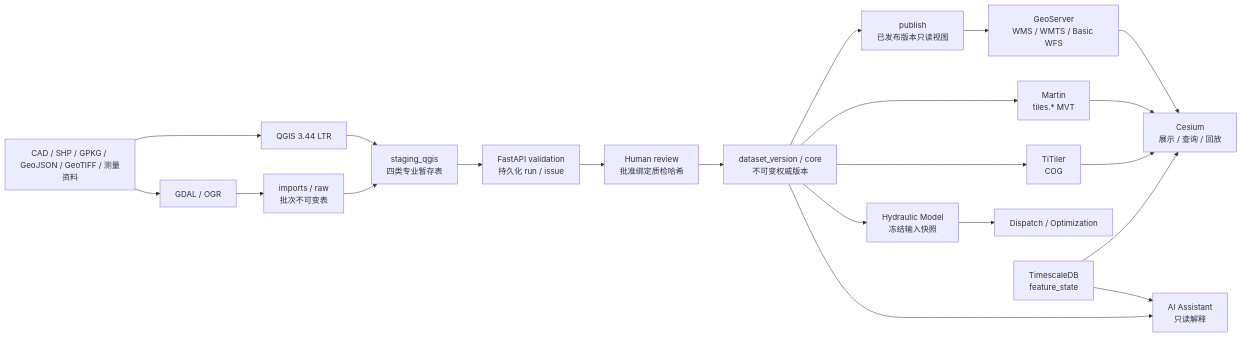
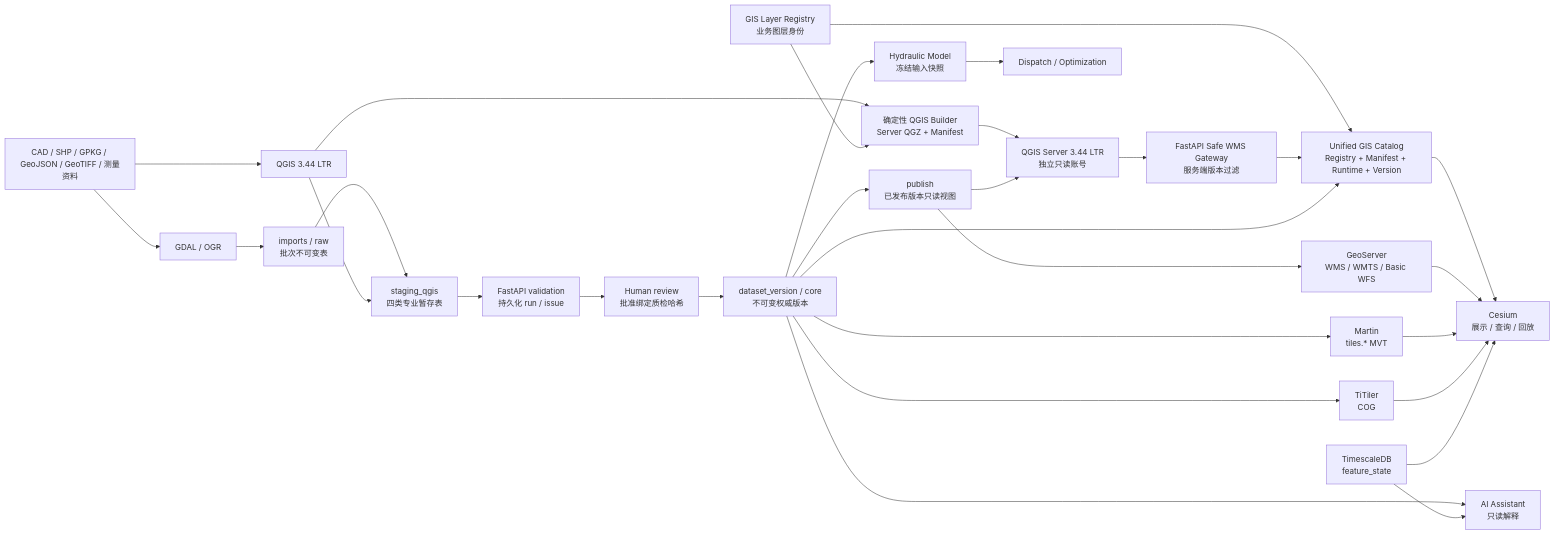
The diagram in docs/architecture.md (zj1310426307-stack/dayu-tiangong), drawn with Mermaid before and after one commit. The commit also changed other lines of this file and 5 other files, not shown here.

````diff
--- a/docs/architecture.md
+++ b/docs/architecture.md
@@ -7,41 +7,55 @@
 ```mermaid
 flowchart LR
   SRC["CAD / SHP / GPKG / GeoJSON / GeoTIFF / 测量资料"]
   QGIS["QGIS 3.44 LTR"]
   GDAL["GDAL / OGR"]
   RAW["imports / raw<br/>批次不可变表"]
   STG["staging_qgis<br/>四类专业暂存表"]
   VAL["FastAPI validation<br/>持久化 run / issue"]
   REV["Human review<br/>批准绑定质检哈希"]
   CORE["dataset_version / core<br/>不可变权威版本"]
   PUB["publish<br/>已发布版本只读视图"]
+  BUILDER["确定性 QGIS Builder<br/>Server QGZ + Manifest"]
+  QSERVER["QGIS Server 3.44 LTR<br/>独立只读账号"]
+  GATEWAY["FastAPI Safe WMS Gateway<br/>服务端版本过滤"]
+  REGISTRY["GIS Layer Registry<br/>业务图层身份"]
+  CATALOG["Unified GIS Catalog<br/>Registry + Manifest + Runtime + Version"]
   GS["GeoServer<br/>WMS / WMTS / Basic WFS"]
   MARTIN["Martin<br/>tiles.* MVT"]
   TITILER["TiTiler<br/>COG"]
   CESIUM["Cesium<br/>展示 / 查询 / 回放"]
   MODEL["Hydraulic Model<br/>冻结输入快照"]
   DISPATCH["Dispatch / Optimization"]
   AI["AI Assistant<br/>只读解释"]
   TS["TimescaleDB<br/>feature_state"]
 
   SRC --> QGIS
   SRC --> GDAL
   GDAL --> RAW
   RAW --> STG
   QGIS --> STG
   STG --> VAL
   VAL --> REV
   REV --> CORE
   CORE --> PUB
+  QGIS --> BUILDER
+  BUILDER --> QSERVER
+  PUB --> QSERVER
+  QSERVER --> GATEWAY
+  REGISTRY --> BUILDER
+  REGISTRY --> CATALOG
+  GATEWAY --> CATALOG
+  CORE --> CATALOG
+  CATALOG --> CESIUM
   CORE --> MARTIN
   CORE --> TITILER
   PUB --> GS
   GS --> CESIUM
   MARTIN --> CESIUM
   TITILER --> CESIUM
   CORE --> MODEL
   MODEL --> DISPATCH
   CORE --> AI
   TS --> CESIUM
   TS --> AI
 ```
````
